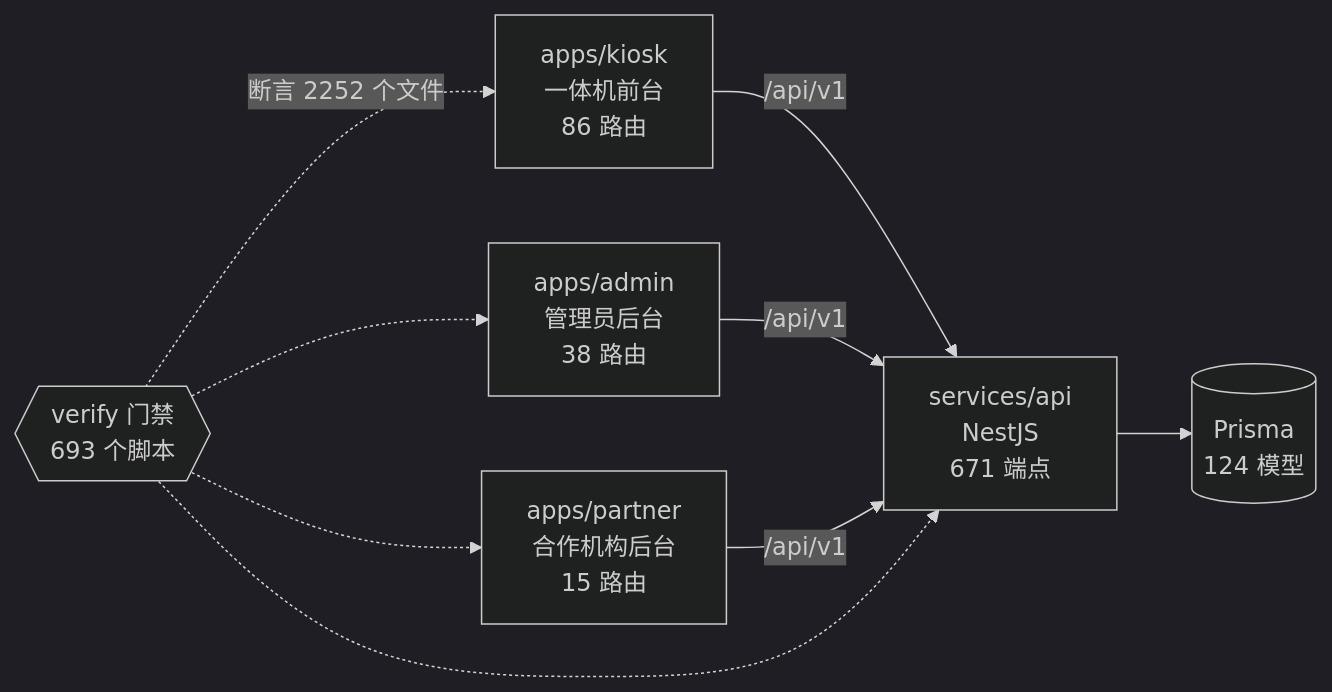
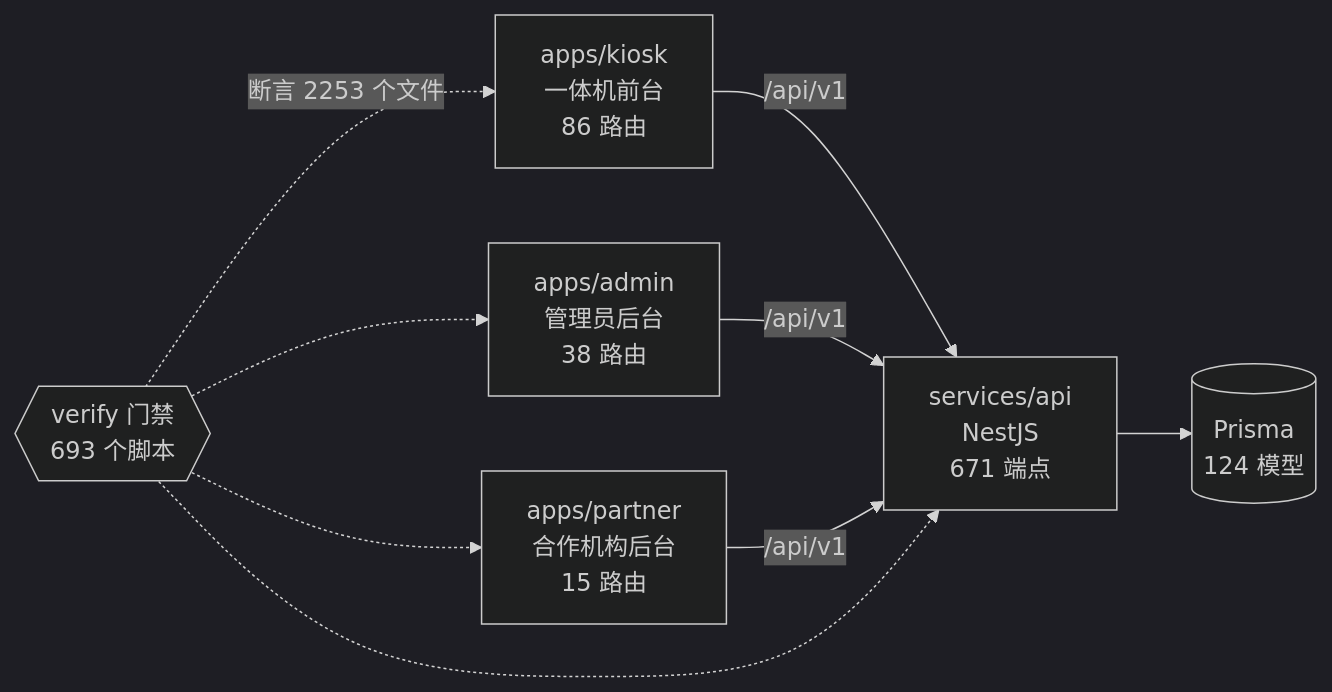
One commit to wanglei581/YITIJI changed the diagram in docs/graph/README.md. Above: the diagram before and after it, drawn with Mermaid (dark theme). The commit also changed other lines of this file and 3 other files, not shown here.

Commit message:
S15c2：进度记一笔，图谱按当前代码重生

````diff
--- a/docs/graph/README.md
+++ b/docs/graph/README.md
@@ -68,18 +68,18 @@
 ```mermaid
 flowchart LR
   kiosk["apps/kiosk<br/>一体机前台<br/>86 路由"]
   admin["apps/admin<br/>管理员后台<br/>38 路由"]
   partner["apps/partner<br/>合作机构后台<br/>15 路由"]
   api["services/api<br/>NestJS<br/>671 端点"]
   db[("Prisma<br/>124 模型")]
   gates{{"verify 门禁<br/>693 个脚本"}}
 
   kiosk -->|"/api/v1"| api
   admin -->|"/api/v1"| api
   partner -->|"/api/v1"| api
   api --> db
-  gates -.->|"断言 2252 个文件"| kiosk
+  gates -.->|"断言 2253 个文件"| kiosk
   gates -.-> admin
   gates -.-> partner
   gates -.-> api
 ```
````
